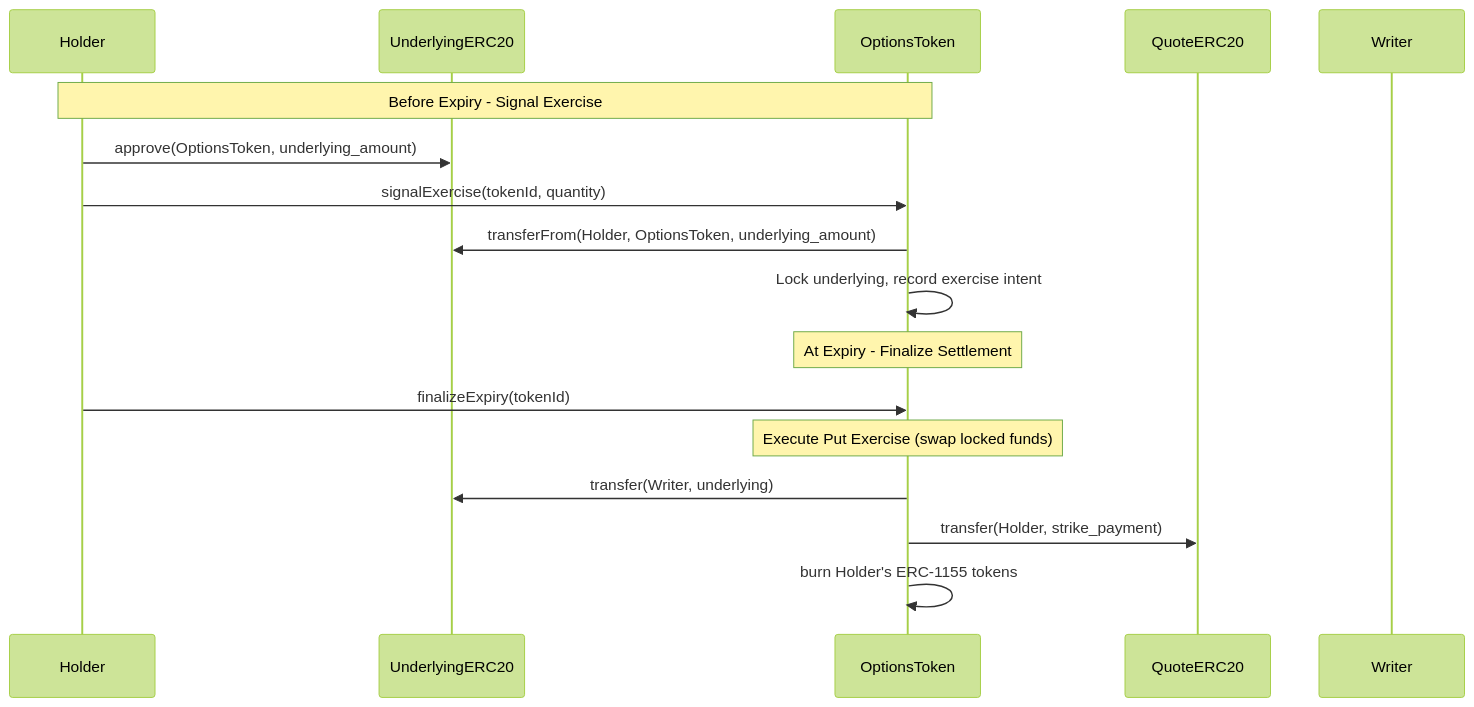
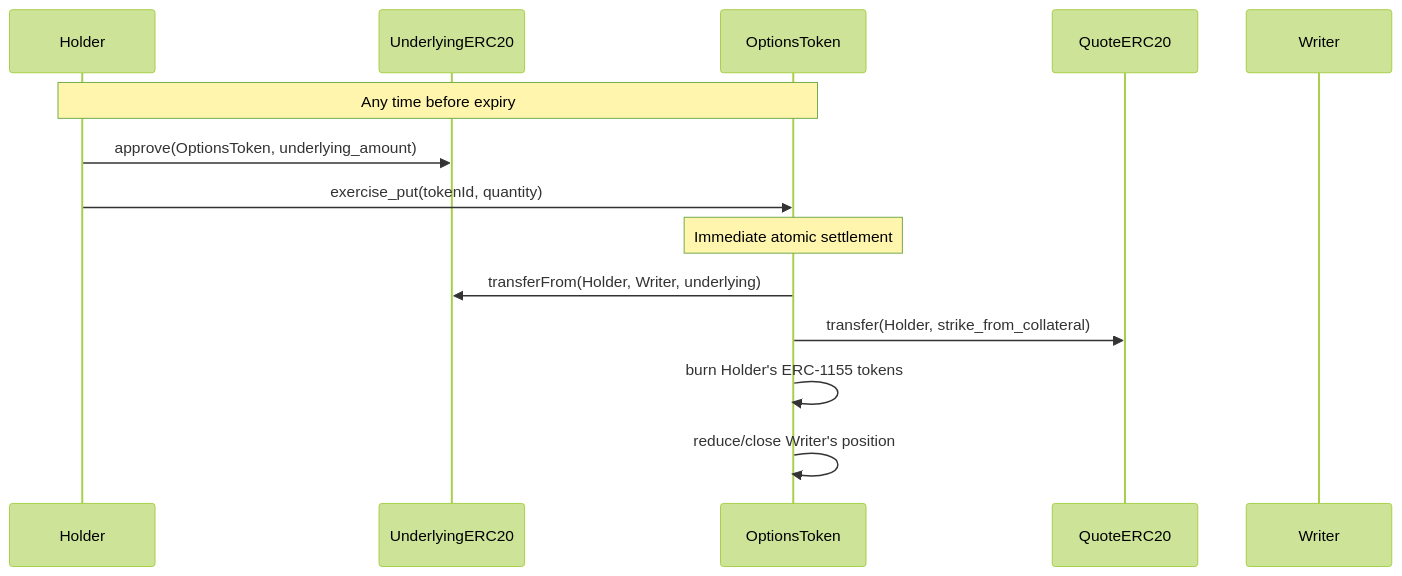
The sixth of 7 diagrams in SPEC.md (0xgleb/optional), drawn with Mermaid (forest theme) before and after one commit. The commit also changed other lines of this file and 3 other files, not shown here.

````diff
--- a/SPEC.md
+++ b/SPEC.md
@@ -370,22 +323,18 @@
 ```mermaid
 sequenceDiagram
     participant Holder
     participant UnderlyingERC20
     participant OptionsToken
     participant QuoteERC20
     participant Writer
 
-    Note over Holder,OptionsToken: Before Expiry - Signal Exercise
+    Note over Holder,OptionsToken: Any time before expiry
     Holder->>UnderlyingERC20: approve(OptionsToken, underlying_amount)
-    Holder->>OptionsToken: signalExercise(tokenId, quantity)
-    OptionsToken->>UnderlyingERC20: transferFrom(Holder, OptionsToken, underlying_amount)
-    OptionsToken->>OptionsToken: Lock underlying, record exercise intent
+    Holder->>OptionsToken: exercise_put(tokenId, quantity)
 
-    Note over OptionsToken: At Expiry - Finalize Settlement
-    Holder->>OptionsToken: finalizeExpiry(tokenId)
-
-    Note over OptionsToken: Execute Put Exercise (swap locked funds)
-    OptionsToken->>UnderlyingERC20: transfer(Writer, underlying)
-    OptionsToken->>QuoteERC20: transfer(Holder, strike_payment)
+    Note over OptionsToken: Immediate atomic settlement
+    OptionsToken->>UnderlyingERC20: transferFrom(Holder, Writer, underlying)
+    OptionsToken->>QuoteERC20: transfer(Holder, strike_from_collateral)
     OptionsToken->>OptionsToken: burn Holder's ERC-1155 tokens
+    OptionsToken->>OptionsToken: reduce/close Writer's position
 ```
````
